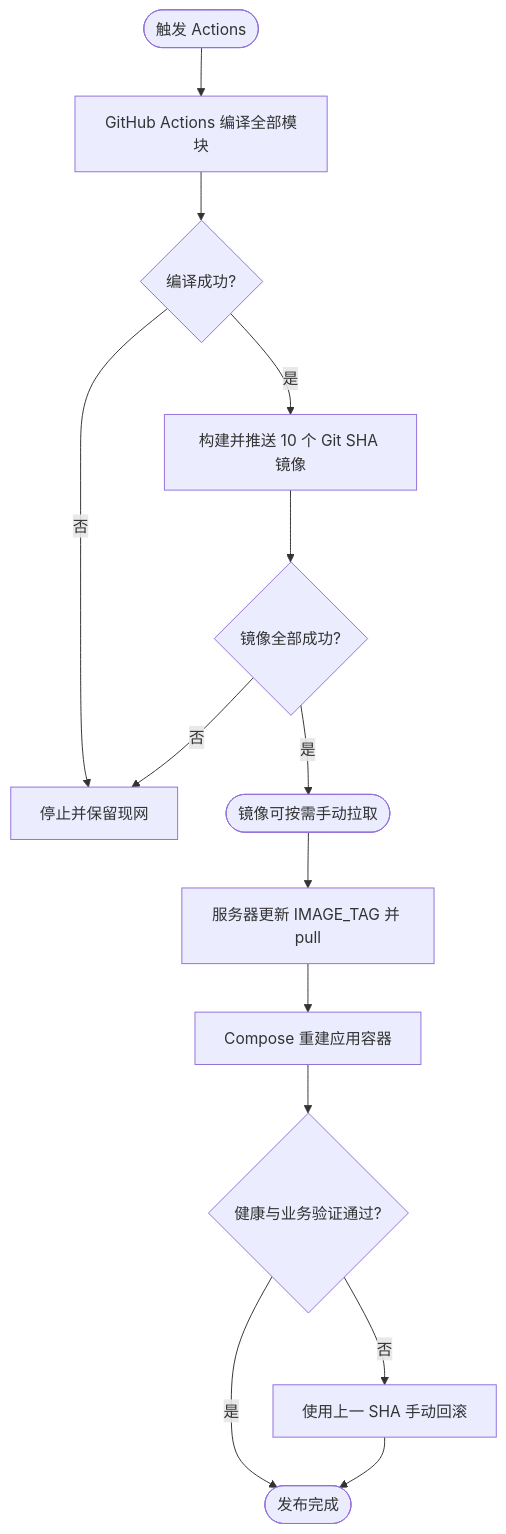
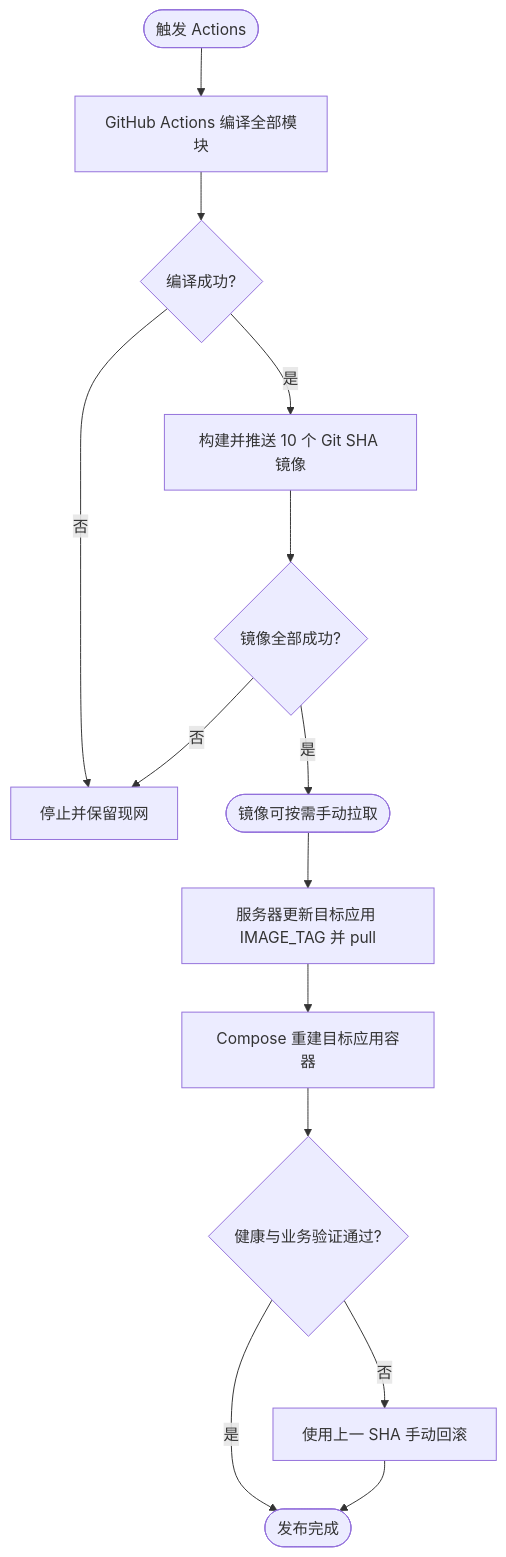
The diagram in doc/requirements/REQ-2026-006-compose-deployment.md (anInterestingName/SpringBlade), drawn with Mermaid before and after one commit. The commit also changed other lines of this file and 24 other files, not shown here.

````diff
--- a/doc/requirements/REQ-2026-006-compose-deployment.md
+++ b/doc/requirements/REQ-2026-006-compose-deployment.md
@@ -67,16 +71,16 @@
 ```mermaid
 flowchart TD
     A([触发 Actions]) --> B[GitHub Actions 编译全部模块]
     B --> C{编译成功?}
     C -- 否 --> D[停止并保留现网]
     C -- 是 --> E[构建并推送 10 个 Git SHA 镜像]
     E --> F{镜像全部成功?}
     F -- 否 --> D
     F -- 是 --> G([镜像可按需手动拉取])
-    G --> H[服务器更新 IMAGE_TAG 并 pull]
-    H --> I[Compose 重建应用容器]
+    G --> H[服务器更新目标应用 IMAGE_TAG 并 pull]
+    H --> I[Compose 重建目标应用容器]
     I --> J{健康与业务验证通过?}
     J -- 否 --> K[使用上一 SHA 手动回滚]
     J -- 是 --> L([发布完成])
     K --> L
 ```
````
